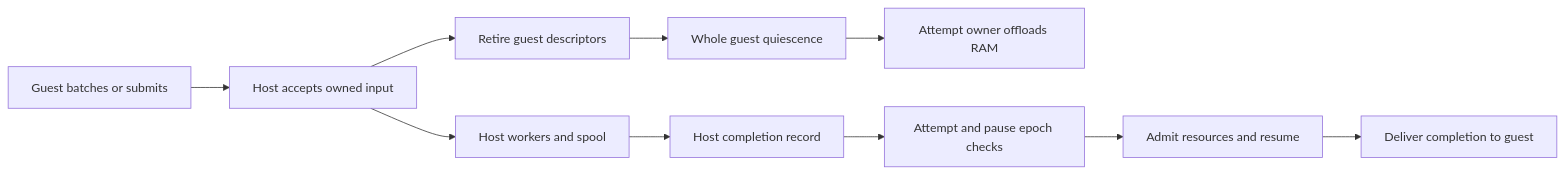
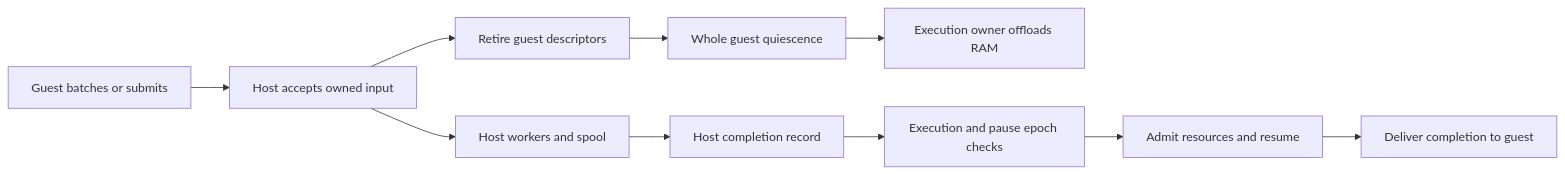
One commit to DeepLink-org/pvisor changed the diagram in docs/src/en/design/experimental/agent-io-completion/index.md. Above: the diagram before and after it, drawn with Mermaid. The commit also changed other lines of this file and 549 other files, not shown here.

````diff
--- a/docs/src/en/design/experimental/agent-io-completion/index.md
+++ b/docs/src/en/design/experimental/agent-io-completion/index.md
@@ -46,12 +46,12 @@
 ```mermaid
 flowchart LR
     G[Guest batches or submits] --> A[Host accepts owned input]
     A --> R[Retire guest descriptors]
     A --> W[Host workers and spool]
     R --> Q[Whole guest quiescence]
-    Q --> O[Attempt owner offloads RAM]
+    Q --> O[Execution owner offloads RAM]
     W --> C[Host completion record]
-    C --> F[Attempt and pause epoch checks]
+    C --> F[Execution and pause epoch checks]
     F --> L[Admit resources and resume]
     L --> D[Deliver completion to guest]
 ```
````
